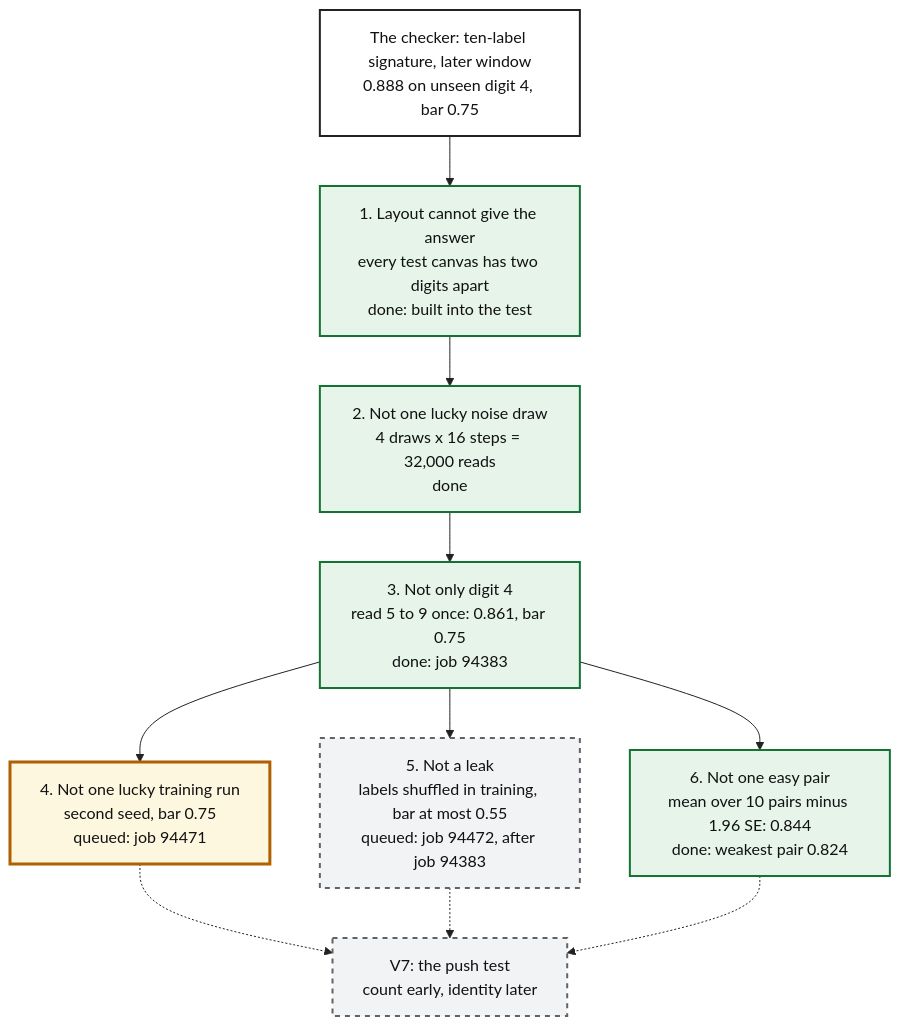
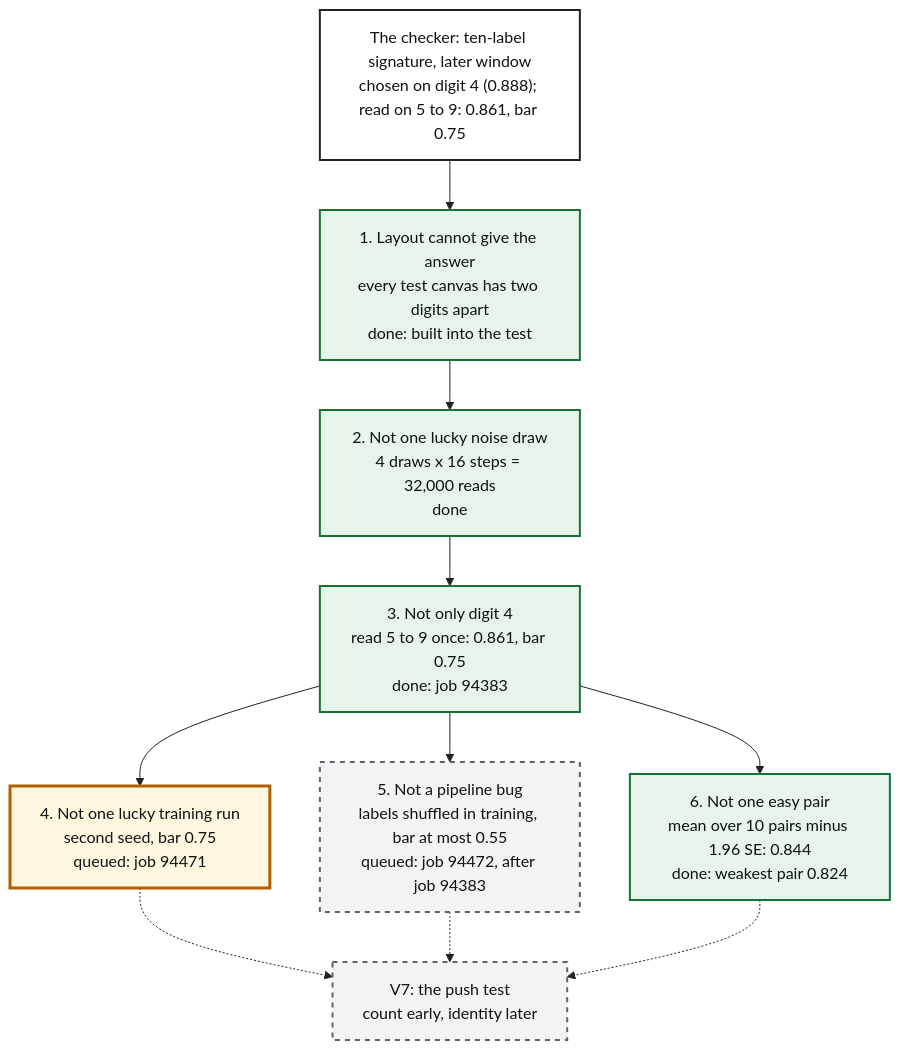
Before and after one commit to mo-rsa24/concept-composition: the diagram in artifacts/notes/progress/abstract-checkers/10-reading-identity/robustness-ladder.mmd, drawn with Mermaid. The commit also changed 8 other files, not shown here.

Commit message:
Loop 8 after the reviewer: V7 registers unchained columns as its primary reading; 0.861 is V6's fair number; toy-to-SDXL step labels marked inferred; V4 needs M5, not D3

```diff
--- a/artifacts/notes/progress/abstract-checkers/10-reading-identity/robustness-ladder.mmd
+++ b/artifacts/notes/progress/abstract-checkers/10-reading-identity/robustness-ladder.mmd
@@ -1,21 +1,21 @@
 %%{init: {'theme': 'base', 'themeVariables': {'fontFamily': 'monospace', 'primaryColor': '#ffffff', 'primaryBorderColor': '#222222', 'primaryTextColor': '#111111', 'lineColor': '#222222'}}}%%
 flowchart TB
   classDef pass fill:#e6f4ea,stroke:#137333,stroke-width:2px,color:#111111
   classDef run fill:#fef7e0,stroke:#b06000,stroke-width:3px,color:#111111
   classDef wait fill:#f1f3f4,stroke:#5f6368,stroke-width:2px,stroke-dasharray:5 5,color:#111111
   classDef plain fill:#ffffff,stroke:#222222,stroke-width:2px,color:#111111
-  C["The checker: ten-label signature, later window<br/>0.888 on unseen digit 4, bar 0.75"]:::plain
+  C["The checker: ten-label signature, later window<br/>chosen on digit 4 (0.888); read on 5 to 9: 0.861, bar 0.75"]:::plain
   R1["1. Layout cannot give the answer<br/>every test canvas has two digits apart<br/>done: built into the test"]:::pass
   R2["2. Not one lucky noise draw<br/>4 draws x 16 steps = 32,000 reads<br/>done"]:::pass
   R3["3. Not only digit 4<br/>read 5 to 9 once: 0.861, bar 0.75<br/>done: job 94383"]:::pass
   R4["4. Not one lucky training run<br/>second seed, bar 0.75<br/>queued: job 94471"]:::run
-  R5["5. Not a leak<br/>labels shuffled in training, bar at most 0.55<br/>queued: job 94472, after job 94383"]:::wait
+  R5["5. Not a pipeline bug<br/>labels shuffled in training, bar at most 0.55<br/>queued: job 94472, after job 94383"]:::wait
   R6["6. Not one easy pair<br/>mean over 10 pairs minus 1.96 SE: 0.844<br/>done: weakest pair 0.824"]:::pass
   V7["V7: the push test<br/>count early, identity later"]:::wait
   C --> R1 --> R2 --> R3
   R3 --> R4
   R3 --> R5
   R3 --> R6
   R4 -.-> V7
   R5 -.-> V7
   R6 -.-> V7
```
